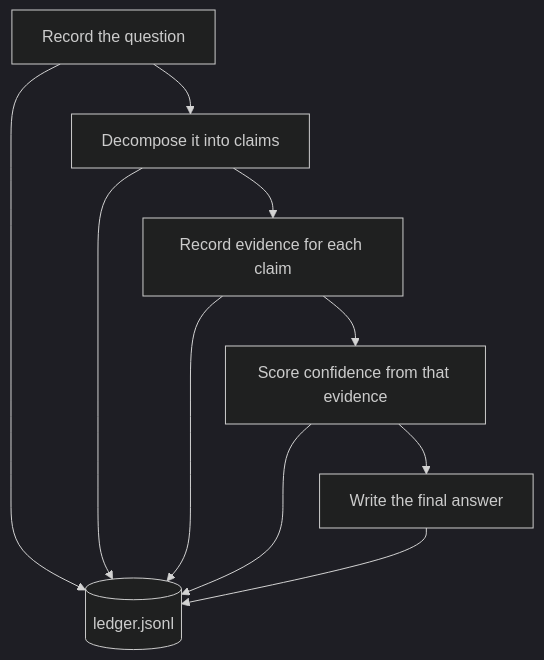
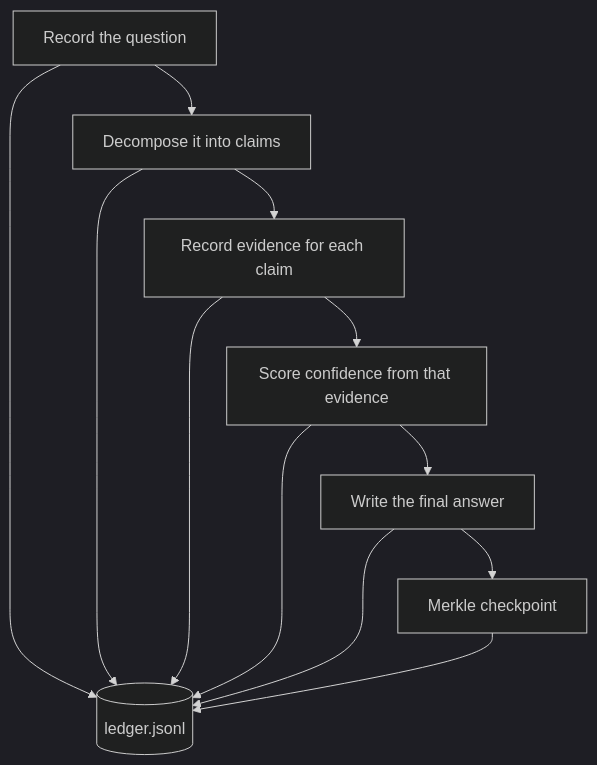
The first of 3 diagrams in README.md (lilbihhh/my-epistemic-ledger), drawn with Mermaid (dark theme) before and after one commit. The commit also changed other lines of this file and 18 other files, not shown here.

````diff
--- a/README.md
+++ b/README.md
@@ -121,12 +124,14 @@
 ```mermaid
 flowchart TD
   Q[Record the question] --> D[Decompose it into claims]
   D --> E[Record evidence for each claim]
   E --> S[Score confidence from that evidence]
   S --> A[Write the final answer]
+  A --> C[Merkle checkpoint]
   Q --> L[(ledger.jsonl)]
   D --> L
   E --> L
   S --> L
   A --> L
+  C --> L
 ```
````
